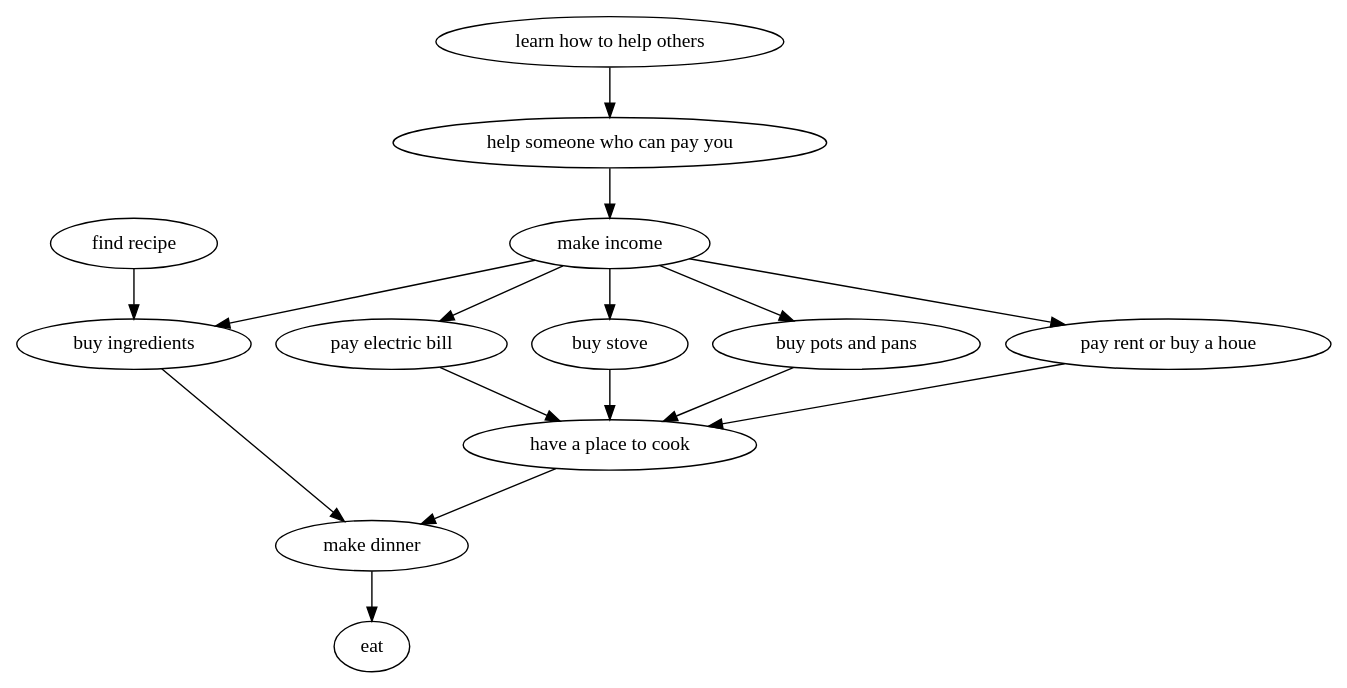
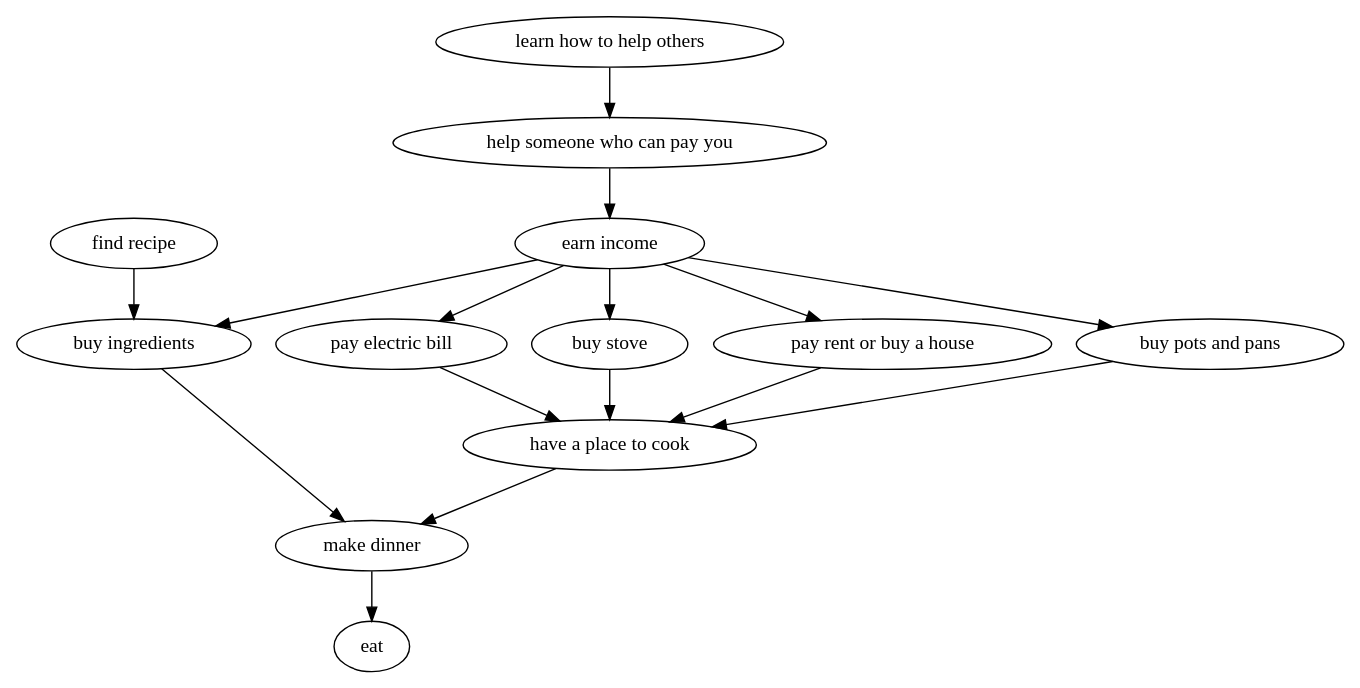
The diagram in examples/food.dot (stevegt/goalmap), drawn with Graphviz before and after one commit. The commit also changed 5 other files, not shown here.

```diff
--- a/examples/food.dot
+++ b/examples/food.dot
@@ -1,99 +1,99 @@
 digraph "" {
-	graph [bb="0,0,808.5,468",
+	graph [bb="0,0,816.35,468",
 		rankdir=TB
 	];
 	node [label="\N"];
+	"find recipe
+"	 [height=0.5,
+		pos="70.845,306",
+		width=1.4609];
+	"buy ingredients
+"	 [height=0.5,
+		pos="70.845,234",
+		width=1.9679];
+	"find recipe
+" -> "buy ingredients
+"	 [pos="e,70.845,252.41 70.845,287.83 70.845,280.13 70.845,270.97 70.845,262.42"];
+	"pay electric bill
+"	 [height=0.5,
+		pos="230.84,234",
+		width=1.975];
+	"have a place to cook
+"	 [height=0.5,
+		pos="367.84,162",
+		width=2.4963];
+	"pay electric bill
+" -> "have a place to cook
+"	 [pos="e,335.45,179.02 261.93,217.66 281.05,207.61 305.78,194.62 326.53,183.71"];
+	"earn income
+"	 [height=0.5,
+		pos="367.84,306",
+		width=1.6248];
+	"earn income
+" -> "pay electric bill
+"	 [pos="e,261.94,250.34 338.12,290.38 318.42,280.03 292.35,266.33 270.85,255.02"];
+	"buy stove
+"	 [height=0.5,
+		pos="367.84,234",
+		width=1.3422];
+	"earn income
+" -> "buy stove
+"	 [pos="e,367.84,252.41 367.84,287.83 367.84,280.13 367.84,270.97 367.84,262.42"];
+	"earn income
+" -> "buy ingredients
+"	 [pos="e,122.27,246.47 321.76,294.83 270.81,282.48 188.49,262.52 132.13,248.86"];
+	"pay rent or buy a house
+"	 [height=0.5,
+		pos="535.84,234",
+		width=2.8169];
+	"earn income
+" -> "pay rent or buy a house
+"	 [pos="e,496.78,250.74 402.25,291.26 426.81,280.73 460.18,266.43 487.43,254.75"];
+	"buy pots and pans
+"	 [height=0.5,
+		pos="735.84,234",
+		width=2.2362];
+	"earn income
+" -> "buy pots and pans
+"	 [pos="e,675.82,246.05 417.58,296.43 473.21,285.7 566.01,267.74 645.84,252 652.36,250.72 659.13,249.37 665.91,248.03"];
+	"help someone who can pay you
+"	 [height=0.5,
+		pos="367.84,378",
+		width=3.6811];
+	"help someone who can pay you
+" -> "earn income
+"	 [pos="e,367.84,324.41 367.84,359.83 367.84,352.13 367.84,342.97 367.84,334.42"];
+	"learn how to help others
+"	 [height=0.5,
+		pos="367.84,450",
+		width=2.8989];
+	"learn how to help others
+" -> "help someone who can pay you
+"	 [pos="e,367.84,396.41 367.84,431.83 367.84,424.13 367.84,414.97 367.84,406.42"];
+	"buy stove
+" -> "have a place to cook
+"	 [pos="e,367.84,180.41 367.84,215.83 367.84,208.13 367.84,198.97 367.84,190.42"];
 	"eat
 "	 [height=0.5,
 		pos="219.84,18",
 		width=0.75];
 	"make dinner
 "	 [height=0.5,
 		pos="219.84,90",
 		width=1.6399];
 	"make dinner
 " -> "eat
 "	 [pos="e,219.84,36.413 219.84,71.831 219.84,64.131 219.84,54.974 219.84,46.417"];
 	"buy ingredients
-"	 [height=0.5,
-		pos="70.845,234",
-		width=1.9679];
-	"buy ingredients
 " -> "make dinner
 "	 [pos="e,201.89,107.35 89.115,216.34 115.51,190.83 164.41,143.57 194.35,114.64"];
 	"have a place to cook
-"	 [height=0.5,
-		pos="367.84,162",
-		width=2.4963];
-	"have a place to cook
 " -> "make dinner
 "	 [pos="e,251.46,105.38 333.52,145.3 311.75,134.71 283.49,120.96 260.59,109.82"];
-	"find recipe
-"	 [height=0.5,
-		pos="70.845,306",
-		width=1.4609];
-	"find recipe
-" -> "buy ingredients
-"	 [pos="e,70.845,252.41 70.845,287.83 70.845,280.13 70.845,270.97 70.845,262.42"];
-	"pay electric bill
-"	 [height=0.5,
-		pos="230.84,234",
-		width=1.975];
-	"pay electric bill
+	"pay rent or buy a house
 " -> "have a place to cook
-"	 [pos="e,335.45,179.02 261.93,217.66 281.05,207.61 305.78,194.62 326.53,183.71"];
-	"buy stove
-"	 [height=0.5,
-		pos="367.84,234",
-		width=1.3422];
-	"buy stove
-" -> "have a place to cook
-"	 [pos="e,367.84,180.41 367.84,215.83 367.84,208.13 367.84,198.97 367.84,190.42"];
-	"buy pots and pans
-"	 [height=0.5,
-		pos="514.84,234",
-		width=2.2362];
+"	 [pos="e,406.02,178.36 496.88,217.3 472.54,206.87 441.02,193.36 415.24,182.31"];
 	"buy pots and pans
 " -> "have a place to cook
-"	 [pos="e,401.92,178.69 481.12,217.48 460.35,207.31 433.52,194.17 411.19,183.23"];
-	"pay rent or buy a houe
-"	 [height=0.5,
-		pos="710.84,234",
-		width=2.7126];
-	"pay rent or buy a houe
-" -> "have a place to cook
-"	 [pos="e,430.05,175.06 646.33,220.46 587.6,208.13 500.99,189.95 439.99,177.14"];
-	"help someone who can pay you
-"	 [height=0.5,
-		pos="367.84,378",
-		width=3.6811];
-	"make income
-"	 [height=0.5,
-		pos="367.84,306",
-		width=1.7442];
-	"help someone who can pay you
-" -> "make income
-"	 [pos="e,367.84,324.41 367.84,359.83 367.84,352.13 367.84,342.97 367.84,334.42"];
-	"learn how to help others
-"	 [height=0.5,
-		pos="367.84,450",
-		width=2.8989];
-	"learn how to help others
-" -> "help someone who can pay you
-"	 [pos="e,367.84,396.41 367.84,431.83 367.84,424.13 367.84,414.97 367.84,406.42"];
-	"make income
-" -> "buy ingredients
-"	 [pos="e,122.31,246.48 319.8,294.35 268.69,281.96 187.69,262.33 132.05,248.84"];
-	"make income
-" -> "pay electric bill
-"	 [pos="e,262.11,250.43 337.44,290.02 317.94,279.77 292.4,266.35 271.2,255.21"];
-	"make income
-" -> "buy stove
-"	 [pos="e,367.84,252.41 367.84,287.83 367.84,280.13 367.84,270.97 367.84,262.42"];
-	"make income
-" -> "buy pots and pans
-"	 [pos="e,481.22,250.47 399.74,290.38 420.89,280.02 448.9,266.3 471.99,254.99"];
-	"make income
-" -> "pay rent or buy a houe
-"	 [pos="e,646.4,247.53 418.83,295.3 476.43,283.21 570.7,263.42 636.5,249.6"];
+"	 [pos="e,432.74,174.5 675.82,221.95 665.81,219.95 655.54,217.91 645.84,216 577.02,202.43 498.55,187.21 442.58,176.4"];
 }
```
